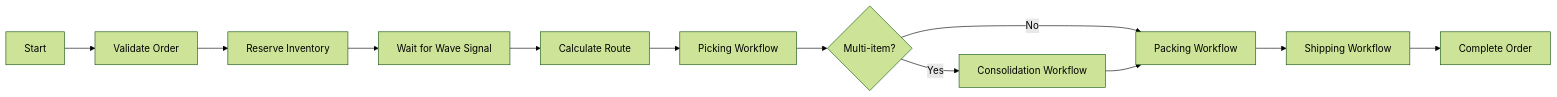
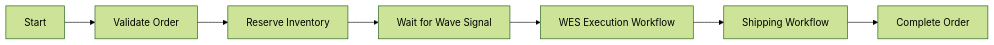
Before and after one commit to temporal-wms/wms-platform: the first of 5 diagrams in ecosystem-documentation/docs/services/orchestrator.md, drawn with Mermaid (forest theme). The commit also changed other lines of this file and 23 other files, not shown here.

````diff
--- a/ecosystem-documentation/docs/services/orchestrator.md
+++ b/ecosystem-documentation/docs/services/orchestrator.md
@@ -30,14 +31,9 @@
 ```mermaid
 graph LR
     Start[Start] --> Validate[Validate Order]
     Validate --> Reserve[Reserve Inventory]
     Reserve --> WaitWave[Wait for Wave Signal]
-    WaitWave --> Route[Calculate Route]
-    Route --> Pick[Picking Workflow]
-    Pick --> Consolidate{Multi-item?}
-    Consolidate -->|Yes| Consol[Consolidation Workflow]
-    Consolidate -->|No| Pack[Packing Workflow]
-    Consol --> Pack
-    Pack --> Ship[Shipping Workflow]
+    WaitWave --> WES[WES Execution Workflow]
+    WES --> Ship[Shipping Workflow]
     Ship --> Complete[Complete Order]
 ```
````
